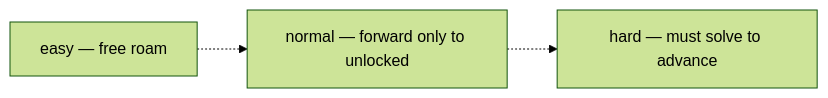
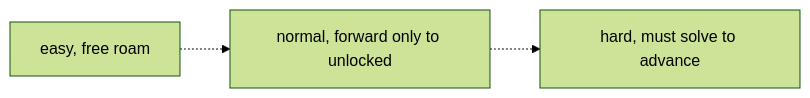
The fourth of 4 diagrams in docs/architecture/commands.md (N041M/PyQuest), drawn with Mermaid (forest theme) before and after one commit. The commit also changed other lines of this file and 10 other files, not shown here.

````diff
--- a/docs/architecture/commands.md
+++ b/docs/architecture/commands.md
@@ -108,7 +108,7 @@
 ```mermaid
 flowchart LR
-    easy["easy — free roam"]
-    normal["normal — forward only to unlocked"]
-    hard["hard — must solve to advance"]
+    easy["easy, free roam"]
+    normal["normal, forward only to unlocked"]
+    hard["hard, must solve to advance"]
     easy -.-> normal -.-> hard
 ```
````
